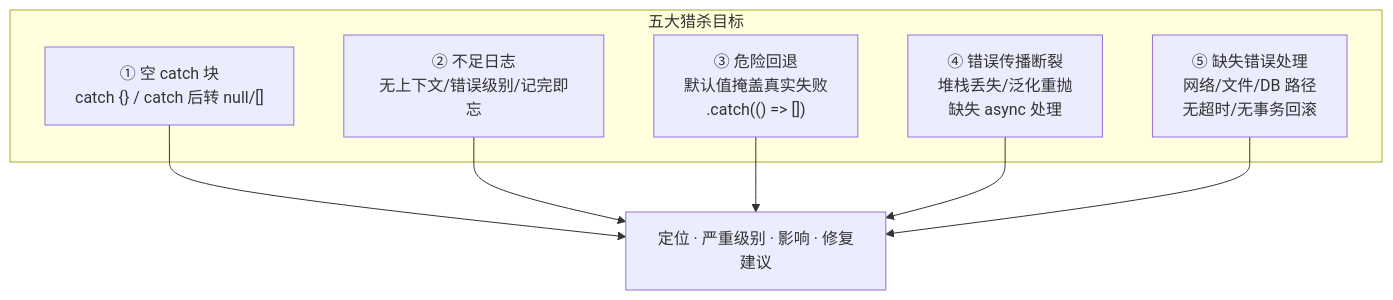
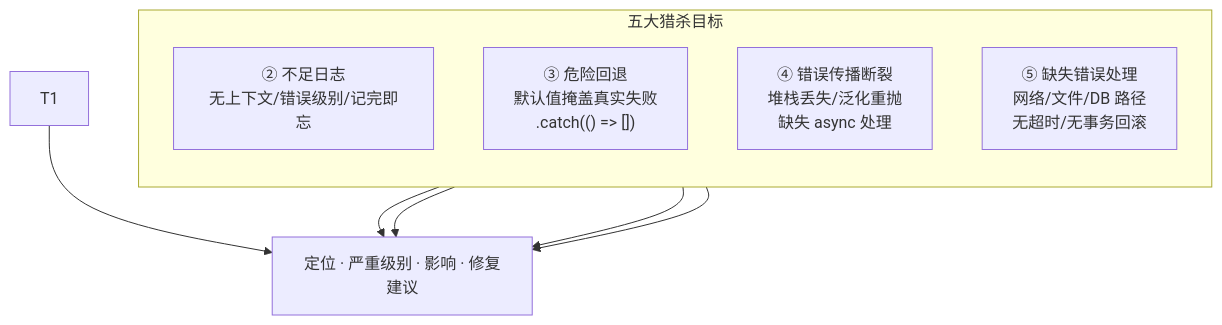
One commit to effiy/YrY changed diagram 13 of 14 in rules/code-pipeline.md. Above: the diagram before and after it, drawn with Mermaid. The commit also changed other lines of this file and 42 other files, not shown here.

First line of the commit message:
feat: apply Mermaid authoring rules (M1-M12) across entire codebase

````diff
--- a/rules/code-pipeline.md
+++ b/rules/code-pipeline.md
@@ -540,15 +560,16 @@
 ```mermaid
 flowchart TB
     subgraph 猎杀目标["五大猎杀目标"]
-        T1["① 空 catch 块<br/>catch {} / catch 后转 null/[]"]:::risk
+        direction TB
         T2["② 不足日志<br/>无上下文/错误级别/记完即忘"]:::risk
         T3["③ 危险回退<br/>默认值掩盖真实失败<br/>.catch(() => [])"]:::risk
         T4["④ 错误传播断裂<br/>堆栈丢失/泛化重抛<br/>缺失 async 处理"]:::risk
         T5["⑤ 缺失错误处理<br/>网络/文件/DB 路径<br/>无超时/无事务回滚"]:::risk
     end
     T1 --> OUT["定位 · 严重级别 · 影响 · 修复建议"]:::pass
     T2 --> OUT
     T3 --> OUT
     T4 --> OUT
     T5 --> OUT
+
 ```
````
